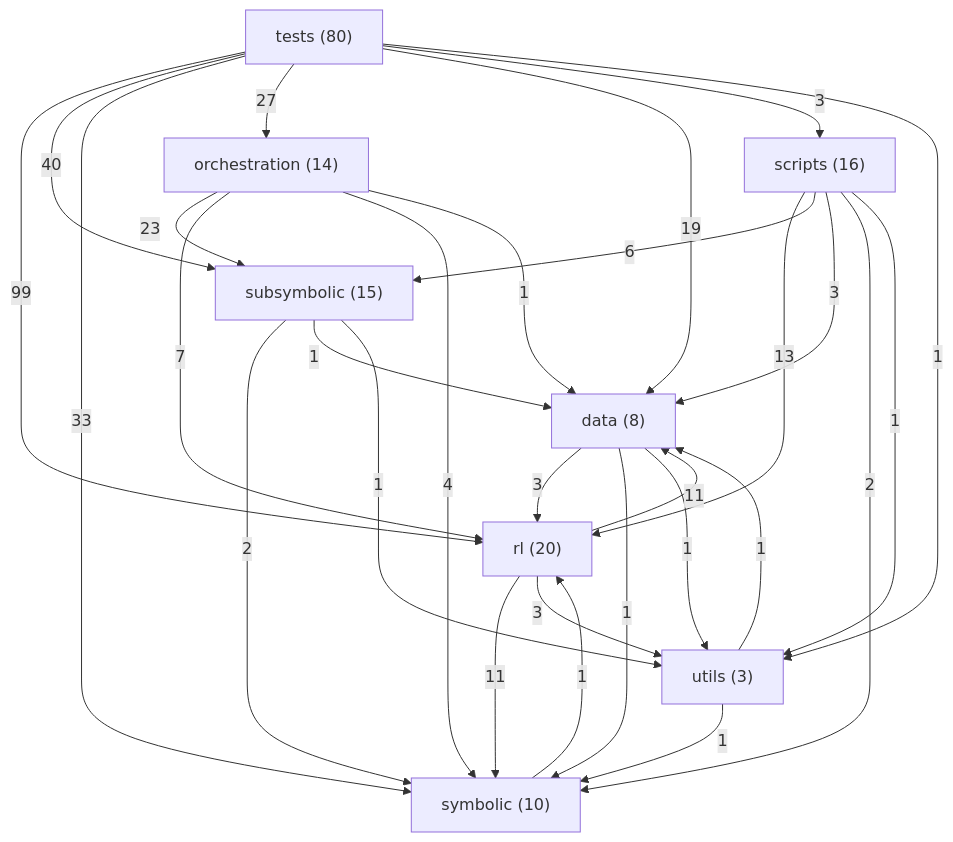
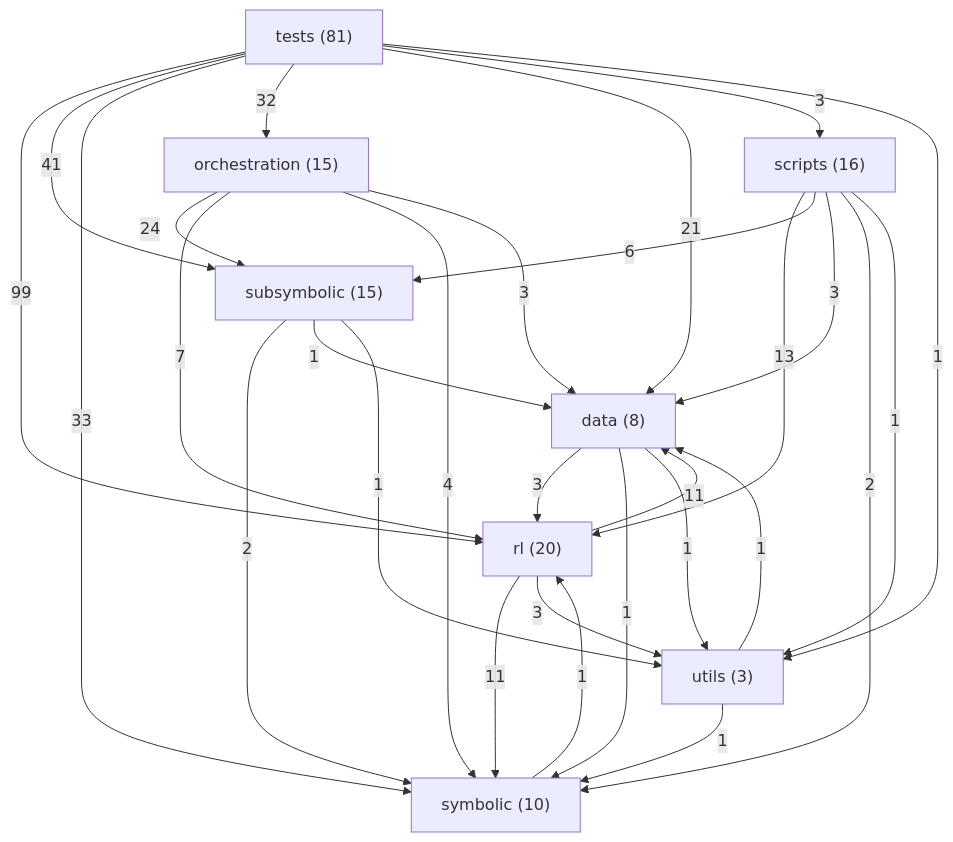
The diagram in ARCHITECTURE.md (danrd/ARC-AGI), drawn with Mermaid before and after one commit. The commit also changed other lines of this file and 10 other files, not shown here.

````diff
--- a/ARCHITECTURE.md
+++ b/ARCHITECTURE.md
@@ -211,39 +211,39 @@
 ```mermaid
 graph TD
   data["data (8)"]
-  orchestration["orchestration (14)"]
+  orchestration["orchestration (15)"]
   rl["rl (20)"]
   scripts["scripts (16)"]
   subsymbolic["subsymbolic (15)"]
   symbolic["symbolic (10)"]
-  tests["tests (80)"]
+  tests["tests (81)"]
   utils["utils (3)"]
   tests -->|99| rl
-  tests -->|40| subsymbolic
+  tests -->|41| subsymbolic
   tests -->|33| symbolic
-  tests -->|27| orchestration
-  orchestration -->|23| subsymbolic
-  tests -->|19| data
+  tests -->|32| orchestration
+  orchestration -->|24| subsymbolic
+  tests -->|21| data
   scripts -->|13| rl
   rl -->|11| data
   rl -->|11| symbolic
   orchestration -->|7| rl
   scripts -->|6| subsymbolic
   orchestration -->|4| symbolic
   data -->|3| rl
+  orchestration -->|3| data
   rl -->|3| utils
   scripts -->|3| data
   tests -->|3| scripts
   scripts -->|2| symbolic
   subsymbolic -->|2| symbolic
   data -->|1| symbolic
   data -->|1| utils
-  orchestration -->|1| data
   scripts -->|1| utils
   subsymbolic -->|1| data
   subsymbolic -->|1| utils
   symbolic -->|1| rl
   tests -->|1| utils
   utils -->|1| data
   utils -->|1| symbolic
 ```
````
